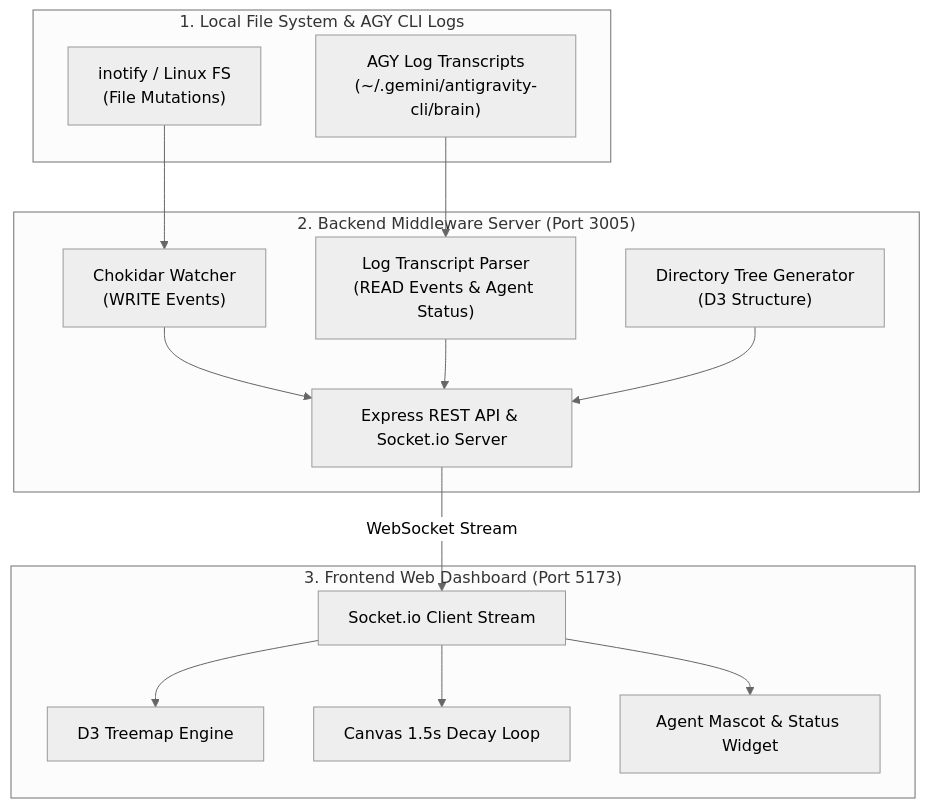
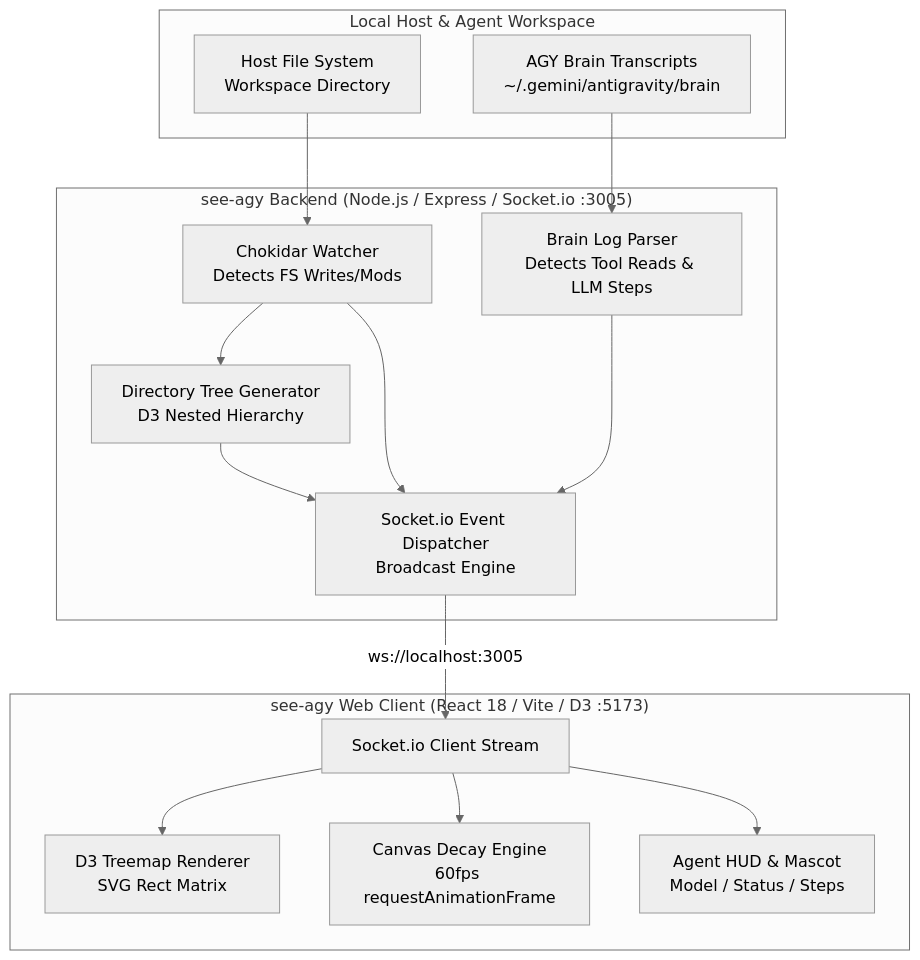
One commit to Max97k/see-agy changed the diagram in README.md. Above: the diagram before and after it, drawn with Mermaid (neutral theme). The commit also changed other lines of this file and 1 other file, not shown here.

````diff
--- a/README.md
+++ b/README.md
@@ -26,32 +51,33 @@
 ```mermaid
-graph TD
-    subgraph "1. Local File System & AGY CLI Logs"
-        FS["inotify / Linux FS<br/>(File Mutations)"]
-        LOGS["AGY Log Transcripts<br/>(~/.gemini/antigravity-cli/brain)"]
+flowchart TD
+    subgraph HostSystem["Local Host & Agent Workspace"]
+        FS[Host File System\nWorkspace Directory]
+        BRAIN[AGY Brain Transcripts\n~/.gemini/antigravity/brain]
     end
 
-    subgraph "2. Backend Middleware Server (Port 3005)"
-        CHOK["Chokidar Watcher<br/>(WRITE Events)"]
-        PARSER["Log Transcript Parser<br/>(READ Events & Agent Status)"]
-        TREE["Directory Tree Generator<br/>(D3 Structure)"]
-        EXPRESS["Express REST API & Socket.io Server"]
+    subgraph Backend["see-agy Backend (Node.js / Express / Socket.io :3005)"]
+        CHOK[Chokidar Watcher\nDetects FS Writes/Mods]
+        PARSER[Brain Log Parser\nDetects Tool Reads & LLM Steps]
+        TREE_GEN[Directory Tree Generator\nD3 Nested Hierarchy]
+        DISPATCH[Socket.io Event Dispatcher\nBroadcast Engine]
+        
+        FS --> CHOK
+        BRAIN --> PARSER
+        CHOK --> TREE_GEN
+        CHOK --> DISPATCH
+        PARSER --> DISPATCH
+        TREE_GEN --> DISPATCH
     end
 
-    subgraph "3. Frontend Web Dashboard (Port 5173)"
-        SOCKET["Socket.io Client Stream"]
-        D3["D3 Treemap Engine"]
-        CANVAS["Canvas 1.5s Decay Loop"]
-        WIDGET["Agent Mascot & Status Widget"]
+    subgraph Frontend["see-agy Web Client (React 18 / Vite / D3 :5173)"]
+        CLIENT_SOCK[Socket.io Client Stream]
+        D3_MAP[D3 Treemap Renderer\nSVG Rect Matrix]
+        CANVAS_DECAY[Canvas Decay Engine\n60fps requestAnimationFrame]
+        MASCOT_HUD[Agent HUD & Mascot\nModel / Status / Steps]
+
+        DISPATCH -- "ws://localhost:3005" --> CLIENT_SOCK
+        CLIENT_SOCK --> D3_MAP
+        CLIENT_SOCK --> CANVAS_DECAY
+        CLIENT_SOCK --> MASCOT_HUD
     end
-
-    FS --> CHOK
-    LOGS --> PARSER
-    CHOK --> EXPRESS
-    PARSER --> EXPRESS
-    TREE --> EXPRESS
-
-    EXPRESS -- "WebSocket Stream" --> SOCKET
-    SOCKET --> D3
-    SOCKET --> CANVAS
-    SOCKET --> WIDGET
 ```
````
